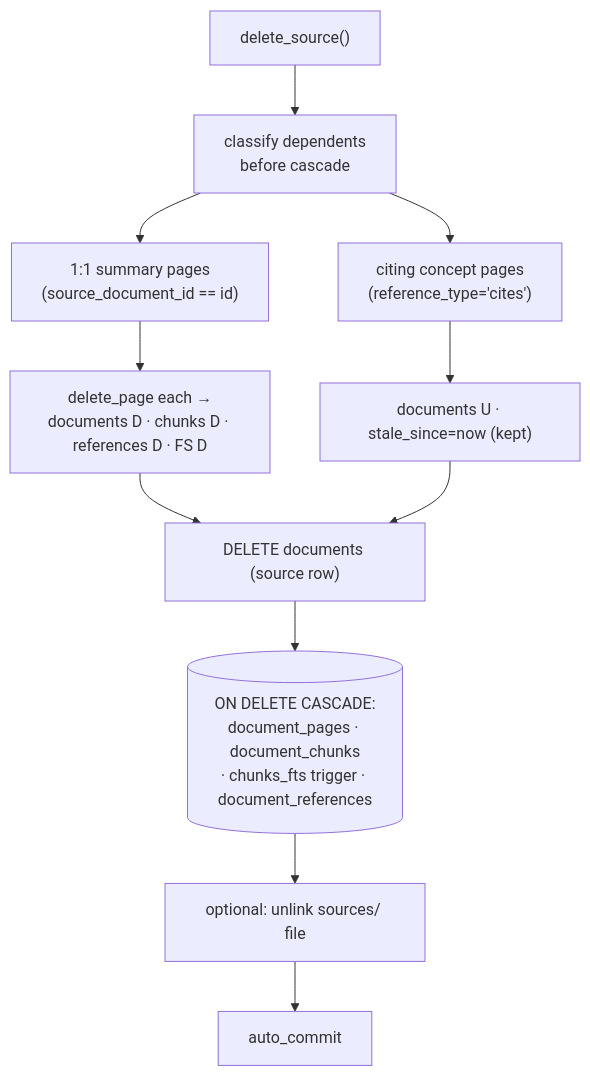
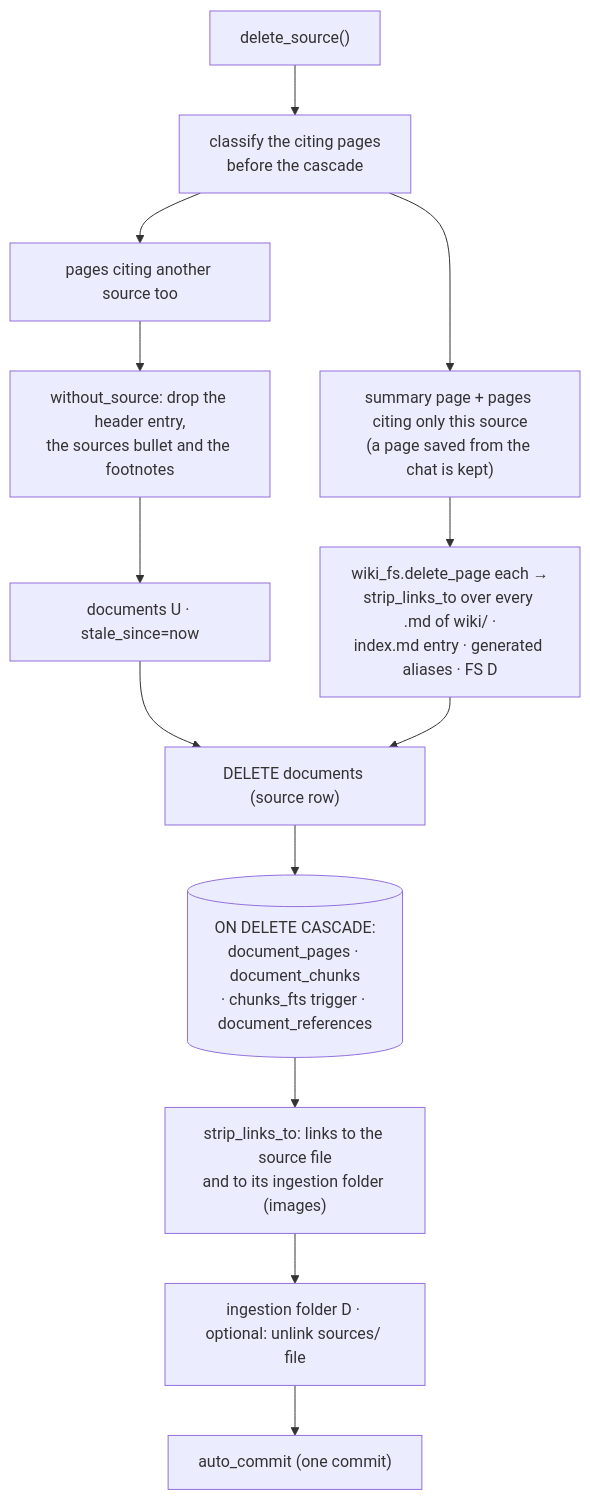
One commit to Clod/llmwiki-marimo changed the diagram in docs/manual/workflows/6.9-source-deletion.md. Above: the diagram before and after it, drawn with Mermaid. The commit also changed other lines of this file and 34 other files, not shown here.

````diff
--- a/docs/manual/workflows/6.9-source-deletion.md
+++ b/docs/manual/workflows/6.9-source-deletion.md
@@ -7,13 +7,15 @@
 ```mermaid
 flowchart TD
-    DS["delete_source()"] --> CL["classify dependents<br/>before cascade"]
-    CL --> SUM["1:1 summary pages<br/>(source_document_id == id)"]
-    CL --> CON["citing concept pages<br/>(reference_type='cites')"]
-    SUM --> DEL["delete_page each →<br/>documents D · chunks D · references D · FS D"]
-    CON --> STALE["documents U · stale_since=now (kept)"]
-    DEL --> SRC["DELETE documents (source row)"]
-    STALE --> SRC
+    DS["delete_source()"] --> CL["classify the citing pages<br/>before the cascade"]
+    CL --> DEL["summary page + pages citing only this source<br/>(a page saved from the chat is kept)"]
+    CL --> KEEP["pages citing another source too"]
+    KEEP --> WS["without_source: drop the header entry,<br/>the sources bullet and the footnotes"]
+    WS --> STALE["documents U · stale_since=now"]
+    DEL --> DP["wiki_fs.delete_page each →<br/>strip_links_to over every .md of wiki/ ·<br/>index.md entry · generated aliases · FS D"]
+    STALE --> SRC["DELETE documents (source row)"]
+    DP --> SRC
     SRC --> CAS[("ON DELETE CASCADE:<br/>document_pages · document_chunks<br/>· chunks_fts trigger · document_references")]
-    CAS --> OPT["optional: unlink sources/ file"]
-    OPT --> GIT["auto_commit"]
+    CAS --> LNK["strip_links_to: links to the source file<br/>and to its ingestion folder (images)"]
+    LNK --> OPT["ingestion folder D · optional: unlink sources/ file"]
+    OPT --> GIT["auto_commit (one commit)"]
 ```
````
